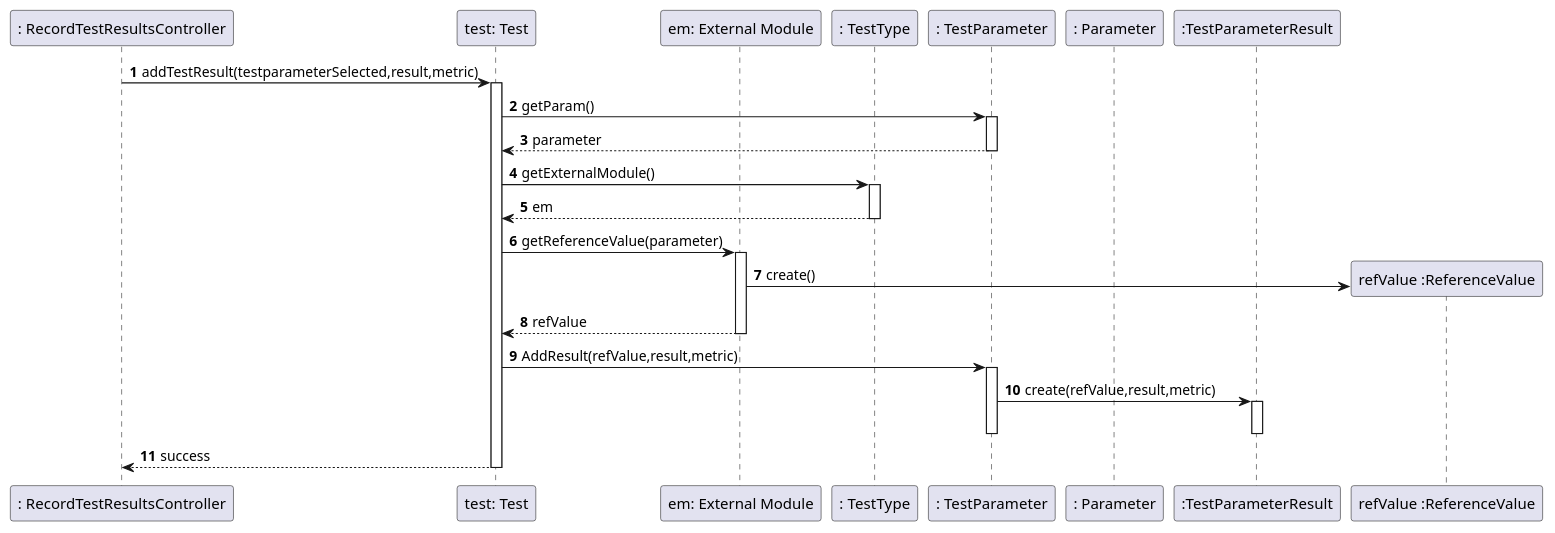
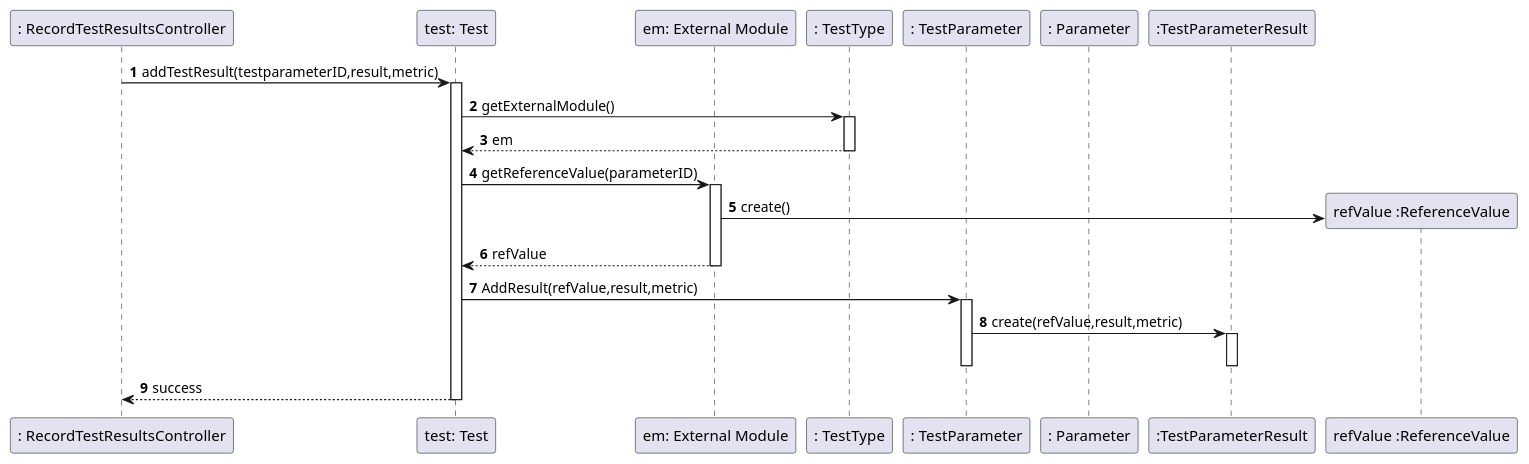
Before and after one commit to manu-07-ela/LAPR2_ISEP: the diagram in docs/SprintC/US12/SD_AddResult.puml, drawn with PlantUML. The commit also changed 7 other files, not shown here.

```diff
--- a/docs/SprintC/US12/SD_AddResult.puml
+++ b/docs/SprintC/US12/SD_AddResult.puml
@@ -1,46 +1,42 @@
 @startuml
 'https://plantuml.com/sequence-diagram
 
 autonumber
 
 participant ": RecordTestResultsController" as CTRL
 participant "test: Test" as Test
 participant "em: External Module" as EM
 participant ": TestType" as TT
 participant ": TestParameter" as TestParam
 participant ": Parameter" as Param
 participant ":TestParameterResult" as TestPResult
 participant "refValue :ReferenceValue" as Ref
 
 
 
-CTRL -> Test : addTestResult(testparameterSelected,result,metric)
+CTRL -> Test : addTestResult(testparameterID,result,metric)
 activate Test
-Test -> TestParam : getParam()
-activate TestParam
-TestParam --> Test : parameter
-deactivate TestParam
 Test -> TT : getExternalModule()
 activate TT
 TT--> Test : em
 deactivate TT
-Test -> EM : getReferenceValue(parameter)
+Test -> EM : getReferenceValue(parameterID)
 activate EM
 EM -> Ref** : create()
 EM --> Test : refValue
 deactivate EM
 Test -> TestParam :AddResult(refValue,result,metric)
 activate TestParam
 TestParam -> TestPResult : create(refValue,result,metric)
 activate TestPResult
 deactivate TestPResult
 deactivate TestParam
 
 Test --> CTRL : success
 deactivate Test
 
 
 
 
 
 @enduml
```
